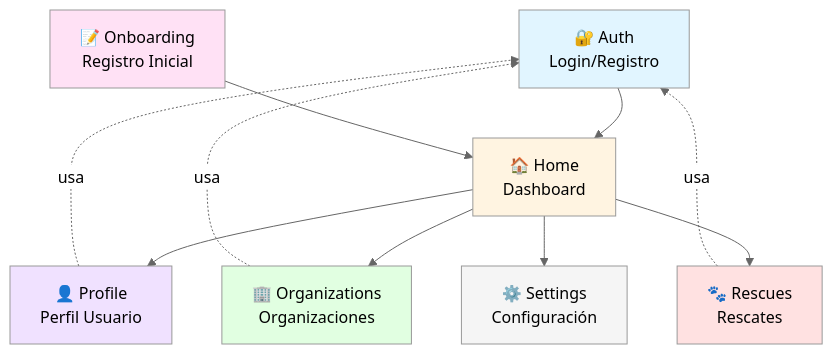
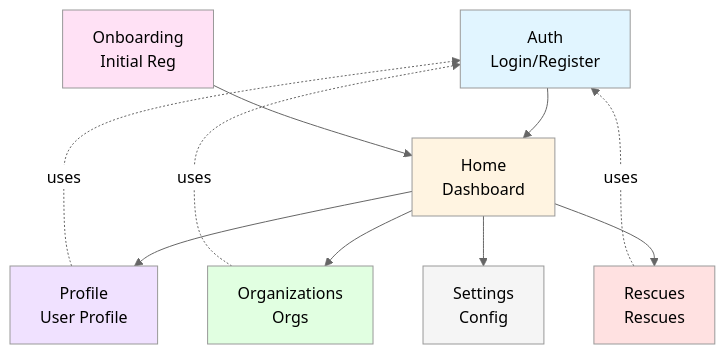
One commit to altrupets/monorepo changed the first of 6 diagrams in docs/content/docs/mobile/features.md. Above: the diagram before and after it, drawn with Mermaid (neutral theme). The commit also changed other lines of this file and 4 other files, not shown here.

First line of the commit message:
fix(docs): simplify Mermaid diagrams to resolve rendering errors

````diff
--- a/docs/content/docs/mobile/features.md
+++ b/docs/content/docs/mobile/features.md
@@ -7,29 +7,29 @@
 ```mermaid
-graph TB
-    Auth[🔐 Auth<br/>Login/Registro]
-    Home[🏠 Home<br/>Dashboard]
-    Profile[👤 Profile<br/>Perfil Usuario]
-    Orgs[🏢 Organizations<br/>Organizaciones]
-    Rescues[🐾 Rescues<br/>Rescates]
-    Settings[⚙️ Settings<br/>Configuración]
-    Onboarding[📝 Onboarding<br/>Registro Inicial]
-    
+flowchart TB
+    Auth[Auth<br/>Login/Register]
+    Home[Home<br/>Dashboard]
+    Profile[Profile<br/>User Profile]
+    Orgs[Organizations<br/>Orgs]
+    Rescues[Rescues<br/>Rescues]
+    Settings[Settings<br/>Config]
+    Onboarding[Onboarding<br/>Initial Reg]
+
     Auth --> Home
     Onboarding --> Home
     Home --> Profile
     Home --> Orgs
     Home --> Rescues
     Home --> Settings
-    
-    Profile -.->|usa| Auth
-    Orgs -.->|usa| Auth
-    Rescues -.->|usa| Auth
-    
+
+    Profile -.->|uses| Auth
+    Orgs -.->|uses| Auth
+    Rescues -.->|uses| Auth
+
     style Auth fill:#e1f5ff
     style Home fill:#fff4e1
     style Profile fill:#f0e1ff
     style Orgs fill:#e1ffe1
     style Rescues fill:#ffe1e1
     style Settings fill:#f5f5f5
     style Onboarding fill:#ffe1f5
 ```
````
